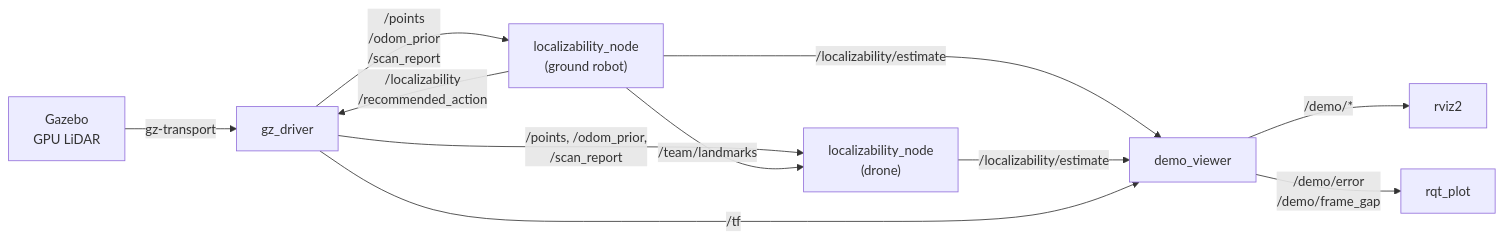
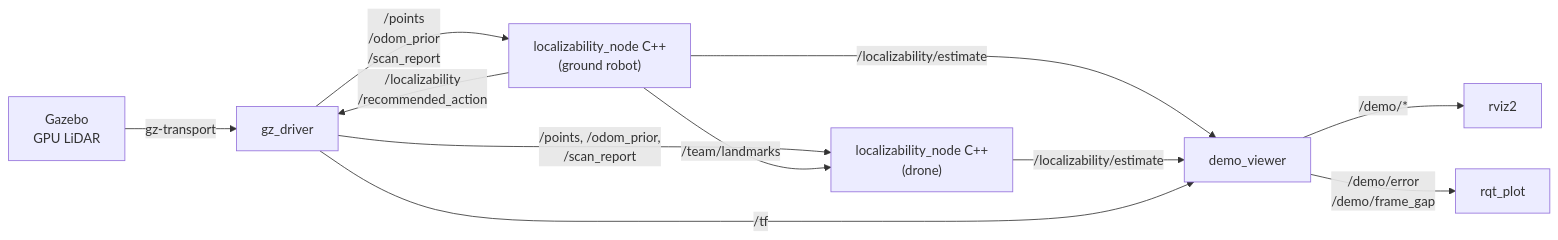
The diagram in README.md (SaurabhKhimesra/localizability-recovery), drawn with Mermaid before and after one commit. The commit also changed other lines of this file, not shown here.

Commit message:
Rewrite the README around the results and the architecture

````diff
--- a/README.md
+++ b/README.md
@@ -45,13 +49,13 @@
 ```mermaid
 flowchart LR
     GZ["Gazebo<br/>GPU LiDAR"] -->|gz-transport| D[gz_driver]
-    D -->|/points<br/>/odom_prior<br/>/scan_report| L["localizability_node<br/>(ground robot)"]
+    D -->|/points<br/>/odom_prior<br/>/scan_report| L["localizability_node C++<br/>(ground robot)"]
     L -->|/localizability<br/>/recommended_action| D
-    D -->|/points, /odom_prior,<br/>/scan_report| T["localizability_node<br/>(drone)"]
+    D -->|/points, /odom_prior,<br/>/scan_report| T["localizability_node C++<br/>(drone)"]
     L -->|/team/landmarks| T
     L -->|/localizability/estimate| V[demo_viewer]
     T -->|/localizability/estimate| V
     D -->|/tf| V
     V -->|/demo/*| R[rviz2]
     V -->|/demo/error<br/>/demo/frame_gap| P[rqt_plot]
 ```
````
